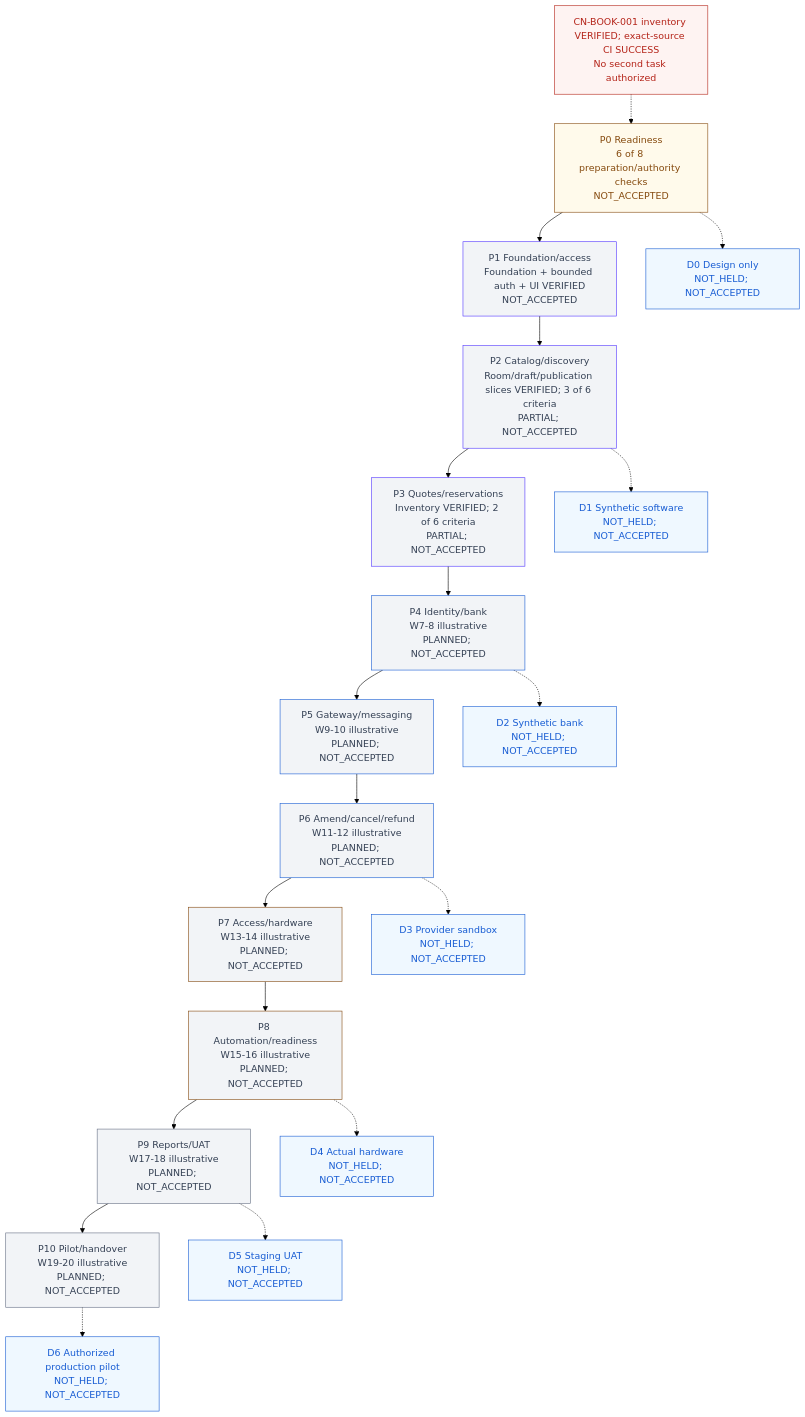
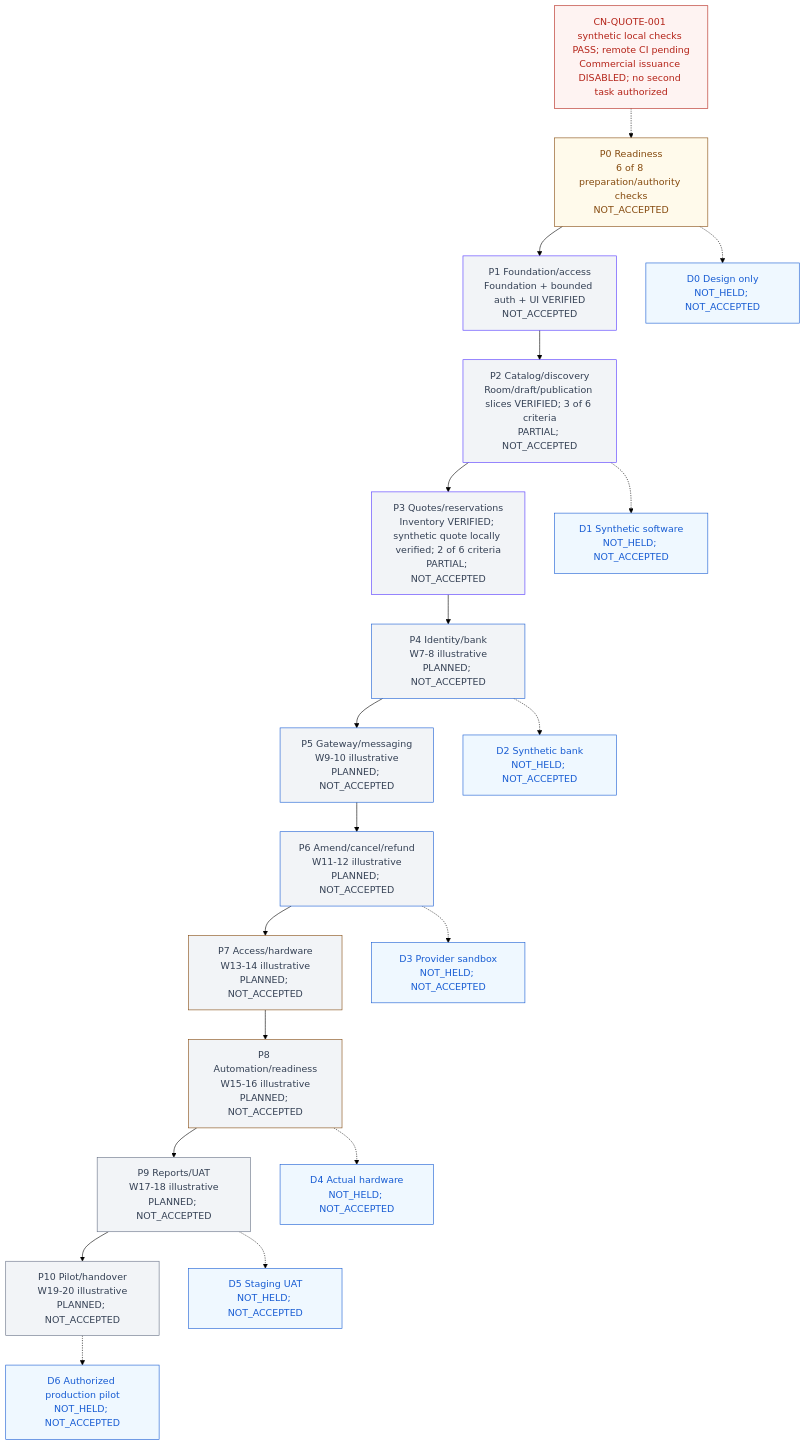
The diagram in knowledge/PROGRESS.md (Hasitha3513/Theater-Project), drawn with Mermaid (forest theme) before and after one commit. The commit also changed other lines of this file and 37 other files, not shown here.

````diff
--- a/knowledge/PROGRESS.md
+++ b/knowledge/PROGRESS.md
@@ -307,45 +307,45 @@
 ```mermaid
 flowchart TB
-  G["CN-BOOK-001 inventory VERIFIED; exact-source CI SUCCESS<br/>No second task authorized"]
+  G["CN-QUOTE-001 synthetic local checks PASS; remote CI pending<br/>Commercial issuance DISABLED; no second task authorized"]
   P0["P0 Readiness<br/>6 of 8 preparation/authority checks<br/>NOT_ACCEPTED"]
   P1["P1 Foundation/access<br/>Foundation + bounded auth + UI VERIFIED<br/>NOT_ACCEPTED"]
   P2["P2 Catalog/discovery<br/>Room/draft/publication slices VERIFIED; 3 of 6 criteria<br/>PARTIAL; NOT_ACCEPTED"]
-  P3["P3 Quotes/reservations<br/>Inventory VERIFIED; 2 of 6 criteria<br/>PARTIAL; NOT_ACCEPTED"]
+  P3["P3 Quotes/reservations<br/>Inventory VERIFIED; synthetic quote locally verified; 2 of 6 criteria<br/>PARTIAL; NOT_ACCEPTED"]
   P4["P4 Identity/bank<br/>W7-8 illustrative<br/>PLANNED; NOT_ACCEPTED"]
   P5["P5 Gateway/messaging<br/>W9-10 illustrative<br/>PLANNED; NOT_ACCEPTED"]
   P6["P6 Amend/cancel/refund<br/>W11-12 illustrative<br/>PLANNED; NOT_ACCEPTED"]
   P7["P7 Access/hardware<br/>W13-14 illustrative<br/>PLANNED; NOT_ACCEPTED"]
   P8["P8 Automation/readiness<br/>W15-16 illustrative<br/>PLANNED; NOT_ACCEPTED"]
   P9["P9 Reports/UAT<br/>W17-18 illustrative<br/>PLANNED; NOT_ACCEPTED"]
   P10["P10 Pilot/handover<br/>W19-20 illustrative<br/>PLANNED; NOT_ACCEPTED"]
   G -.-> P0
   P0 --> P1 --> P2 --> P3 --> P4 --> P5 --> P6 --> P7 --> P8 --> P9 --> P10
   D0["D0 Design only<br/>NOT_HELD; NOT_ACCEPTED"]
   D1["D1 Synthetic software<br/>NOT_HELD; NOT_ACCEPTED"]
   D2["D2 Synthetic bank<br/>NOT_HELD; NOT_ACCEPTED"]
   D3["D3 Provider sandbox<br/>NOT_HELD; NOT_ACCEPTED"]
   D4["D4 Actual hardware<br/>NOT_HELD; NOT_ACCEPTED"]
   D5["D5 Staging UAT<br/>NOT_HELD; NOT_ACCEPTED"]
   D6["D6 Authorized production pilot<br/>NOT_HELD; NOT_ACCEPTED"]
   P0 -.-> D0
   P2 -.-> D1
   P4 -.-> D2
   P6 -.-> D3
   P8 -.-> D4
   P9 -.-> D5
   P10 -.-> D6
   classDef readiness fill:#FFFAEB,color:#854A0E,stroke:#854A0E;
   classDef foundation fill:#F2F4F7,color:#344054,stroke:#5135FF;
   classDef financial fill:#F2F4F7,color:#344054,stroke:#175CD3;
   classDef physical fill:#F2F4F7,color:#344054,stroke:#854A0E;
   classDef release fill:#F2F4F7,color:#344054,stroke:#667085;
   classDef blocked fill:#FEF3F2,color:#B42318,stroke:#B42318;
   classDef demo fill:#EFF8FF,color:#175CD3,stroke:#175CD3;
   class P0 readiness;
   class P1,P2,P3 foundation;
   class P4,P5,P6 financial;
   class P7,P8 physical;
   class P9,P10 release;
   class G blocked;
   class D0,D1,D2,D3,D4,D5,D6 demo;
 ```
````
